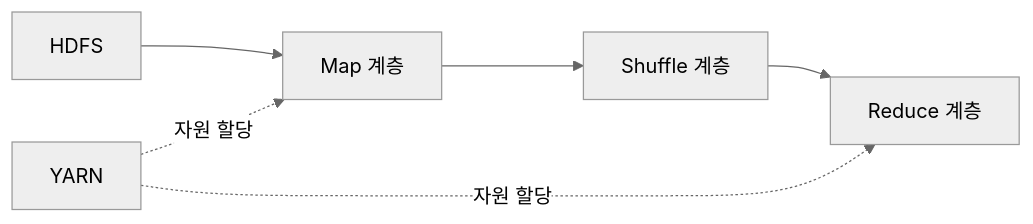
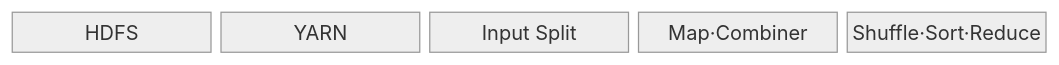
The first of 2 diagrams in src/content/docs/notes/03-software/116_hadoop_mapreduce.md (agnusdei1207/knowledge-base), drawn with Mermaid (neutral theme) before and after one commit. The commit also changed other lines of this file and 20 other files, not shown here.

````diff
--- a/src/content/docs/notes/03-software/116_hadoop_mapreduce.md
+++ b/src/content/docs/notes/03-software/116_hadoop_mapreduce.md
@@ -67,8 +64,9 @@
 ```mermaid
-flowchart LR
-    H["HDFS"] --> M["Map 계층"]
-    M --> S["Shuffle 계층"]
-    S --> R["Reduce 계층"]
-    Y["YARN"] -. 자원 할당 .-> M
-    Y -. 자원 할당 .-> R
+block
+  columns 5
+  H["HDFS"]
+  Y["YARN"]
+  I["Input Split"]
+  M["Map·Combiner"]
+  R["Shuffle·Sort·Reduce"]
 ```
````
